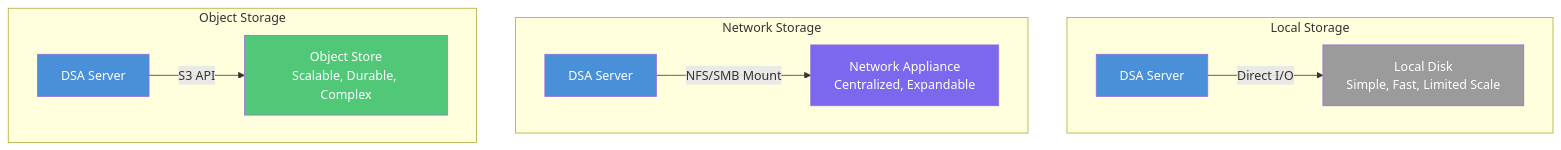
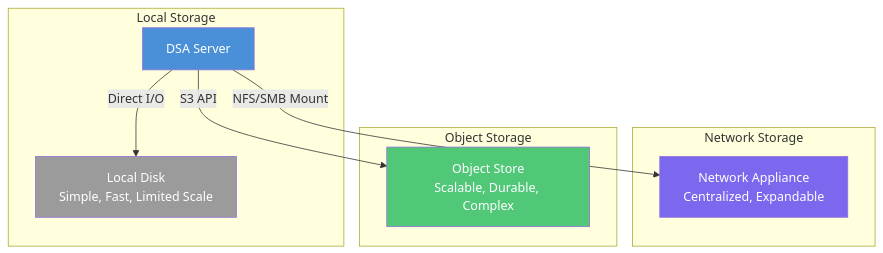
Before and after one commit to Kentucky-Open-Science/BDSA_Setup_Documentation: the third of 5 diagrams in README.md, drawn with Mermaid.

Commit message:
stack storage diagram

````diff
--- a/README.md
+++ b/README.md
@@ -506,19 +506,17 @@
 ```mermaid
 graph TD
     subgraph Local Storage
         A1[DSA Server] -->|Direct I/O| A2[Local Disk<br>Simple, Fast, Limited Scale]
     end
     subgraph Network Storage
-        B1[DSA Server] -->|NFS/SMB Mount| B2[Network Appliance<br>Centralized, Expandable]
+        A1[DSA Server] -->|NFS/SMB Mount| B2[Network Appliance<br>Centralized, Expandable]
     end
     subgraph Object Storage
-        C1[DSA Server] -->|S3 API| C2[Object Store<br>Scalable, Durable, Complex]
+        A1[DSA Server] -->|S3 API| C2[Object Store<br>Scalable, Durable, Complex]
     end
 
     style A1 fill:#4A90D9,color:#fff
     style A2 fill:#9B9B9B,color:#fff
-    style B1 fill:#4A90D9,color:#fff
     style B2 fill:#7B68EE,color:#fff
-    style C1 fill:#4A90D9,color:#fff
     style C2 fill:#50C878,color:#fff
 ```
````
